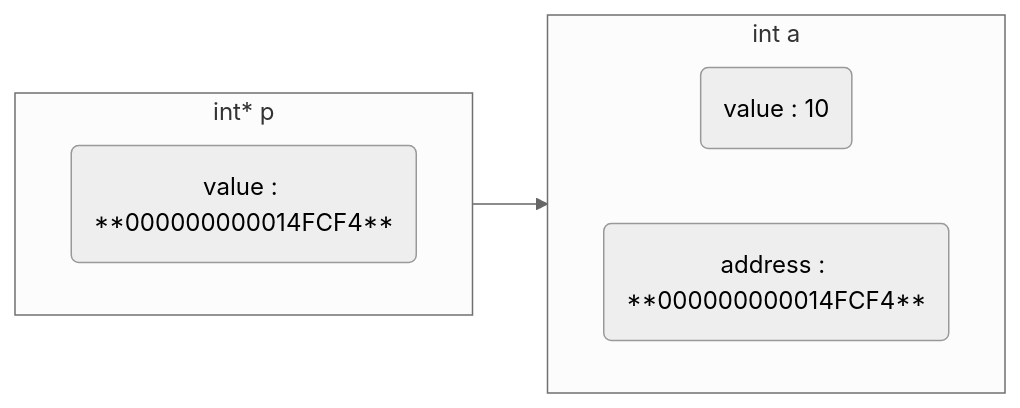
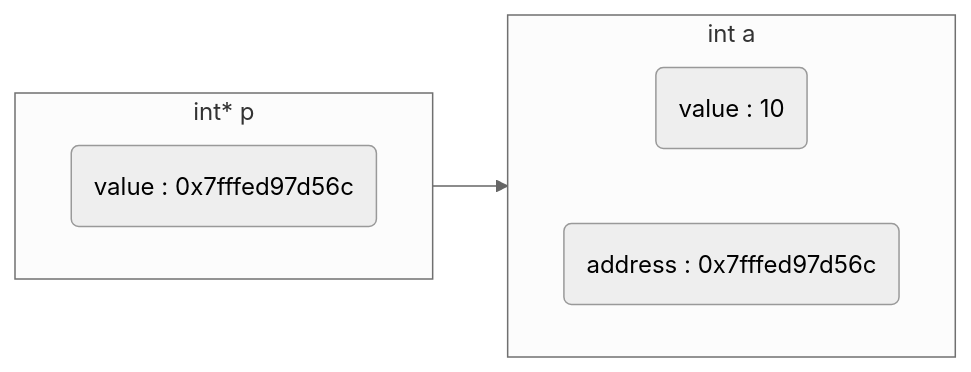
Before and after one commit to dmjcb/dmjcb.github.io: the first of 5 diagrams in _posts/language/c_c++/pointer/2022-01-08-指针.md, drawn with Mermaid (neutral theme). The commit also changed other lines of this file and 7 other files, not shown here.

````diff
--- a/_posts/language/c_c++/pointer/2022-01-08-指针.md
+++ b/_posts/language/c_c++/pointer/2022-01-08-指针.md
@@ -43,13 +68,13 @@
 ```mermaid
 graph LR;
     subgraph S1[int a]
         direction LR
         V2(value : 10)
-        A2(address : **000000000014FCF4**)
+        A2(address : 0x7fffed97d56c)
     end
     subgraph S2[int* p]
         direction LR
-        V1(value : **000000000014FCF4**)
+        V1(value : 0x7fffed97d56c)
     end
-    V1-->A2
+    V1-->S1
 ```
````
